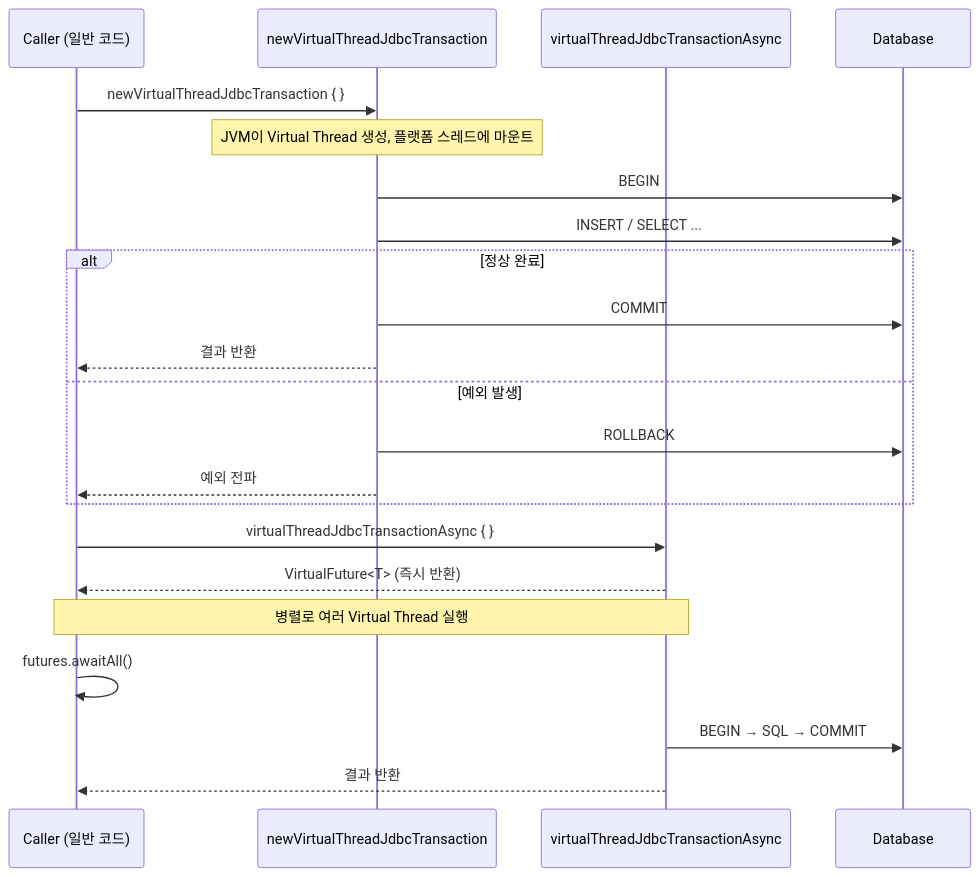
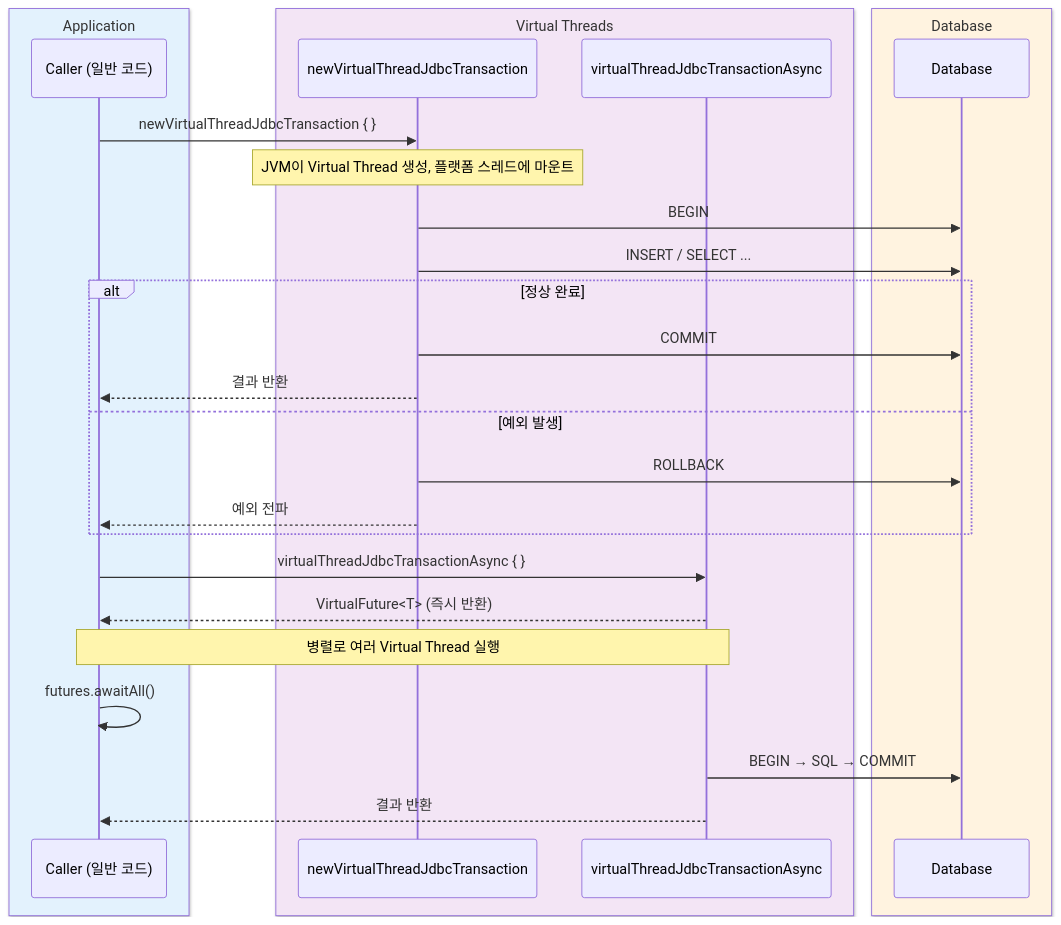
One commit to bluetape4k/exposed-workshop changed the first of 4 diagrams in 08-coroutines/02-virtualthreads-basic/README.ko.md. Above: the diagram before and after it, drawn with Mermaid. The commit also changed 43 other files, not shown here.

First line of the commit message:
docs: sequence diagram에 box rgb() 파스텔 영역 적용

````diff
--- a/08-coroutines/02-virtualthreads-basic/README.ko.md
+++ b/08-coroutines/02-virtualthreads-basic/README.ko.md
@@ -52,27 +52,33 @@
 ```mermaid
-%%{init: {"theme": "neutral", "themeVariables": {"fontFamily": "'Comic Mono', 'goorm sans code', 'JetBrains Mono', 'goorm sans'", "actorBkg": "#E3F2FD", "actorBorder": "#90CAF9", "actorTextColor": "#1565C0", "actorLineColor": "#90CAF9", "activationBkgColor": "#E8F5E9", "activationBorderColor": "#A5D6A7", "labelBoxBkgColor": "#FFF3E0", "labelBoxBorderColor": "#FFCC80", "labelTextColor": "#E65100", "loopTextColor": "#6A1B9A", "noteBkgColor": "#F3E5F5", "noteBorderColor": "#CE93D8", "noteTextColor": "#6A1B9A", "signalColor": "#1565C0", "signalTextColor": "#1565C0"}}}%%
+%%{init: {"theme": "neutral", "themeVariables": {"fontFamily": "'Comic Mono', 'goorm sans code', 'JetBrains Mono', 'goorm sans'"}}}%%
 sequenceDiagram
-    participant C as Caller (일반 코드)
-    participant VT as newVirtualThreadJdbcTransaction
-    participant VTA as virtualThreadJdbcTransactionAsync
-    participant DB as Database
+    box rgb(227, 242, 253) Application
+        participant C as Caller (일반 코드)
+    end
+    box rgb(243, 229, 245) Virtual Threads
+        participant VT as newVirtualThreadJdbcTransaction
+        participant VTA as virtualThreadJdbcTransactionAsync
+    end
+    box rgb(255, 243, 224) Database
+        participant DB as Database
+    end
 
     C->>VT: newVirtualThreadJdbcTransaction { }
     Note over VT: JVM이 Virtual Thread 생성, 플랫폼 스레드에 마운트
     VT->>DB: BEGIN
     VT->>DB: INSERT / SELECT ...
     alt 정상 완료
         VT->>DB: COMMIT
         VT-->>C: 결과 반환
     else 예외 발생
         VT->>DB: ROLLBACK
         VT-->>C: 예외 전파
     end
 
     C->>VTA: virtualThreadJdbcTransactionAsync { }
     VTA-->>C: VirtualFuture<T> (즉시 반환)
     Note over C,VTA: 병렬로 여러 Virtual Thread 실행
     C->>C: futures.awaitAll()
     VTA->>DB: BEGIN → SQL → COMMIT
     VTA-->>C: 결과 반환
 ```
````
